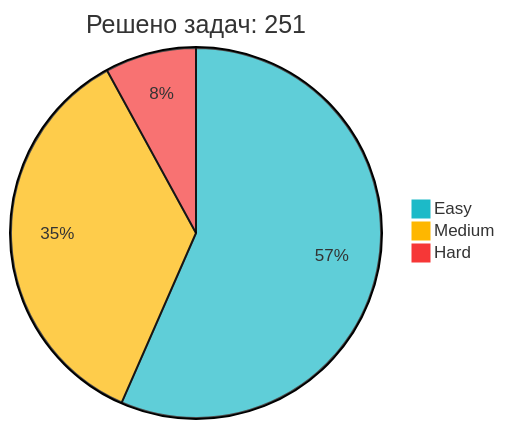
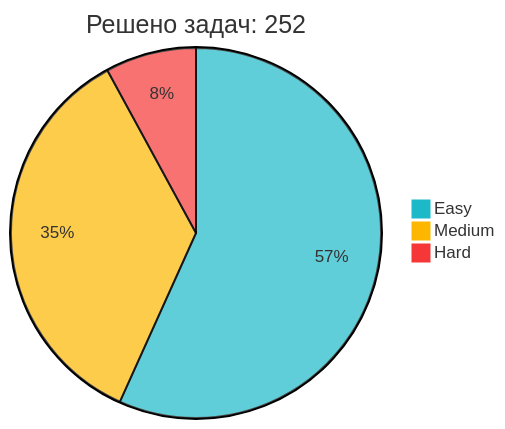
Before and after one commit to IliaKurdukov/IliaKurdukov: the diagram in README.md, drawn with Mermaid. The commit also changed other lines of this file, not shown here.

Commit message:
📈 Обновление статистики LeetCode

````diff
--- a/README.md
+++ b/README.md
@@ -51,7 +51,7 @@
 ```mermaid
 %%{init: {'theme': 'base', 'themeVariables': { 'pie1': '#1CBAC8', 'pie2': '#FEB700', 'pie3': '#F63737' }, 'config': {'width': 300, 'height': 200}}}%%
-pie title Решено задач: 251
-   "Easy" : 142
+pie title Решено задач: 252
+   "Easy" : 143
    "Medium" : 89
    "Hard" : 20
 ```
````
